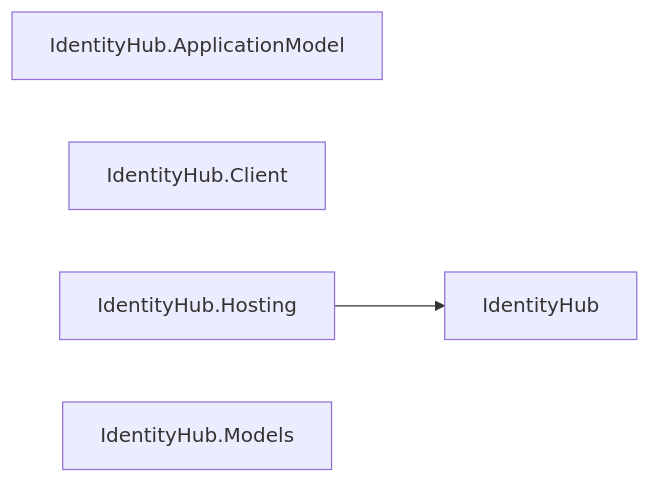
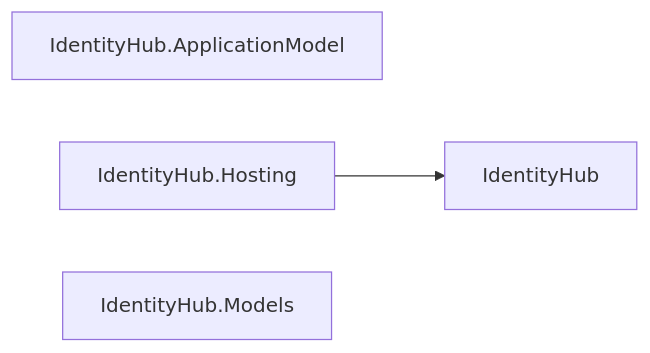
Before and after one commit to assimalign/cohesion: diagram 18 of 29 in docs/DEPENDENCIES.md, drawn with Mermaid. The commit also changed other lines of this file and 599 other files, not shown here.

````diff
--- a/docs/DEPENDENCIES.md
+++ b/docs/DEPENDENCIES.md
@@ -783,9 +776,8 @@
 ```mermaid
 flowchart LR
     N0["IdentityHub"]
     N1["IdentityHub.ApplicationModel"]
-    N2["IdentityHub.Client"]
-    N3["IdentityHub.Hosting"]
-    N4["IdentityHub.Models"]
-    N3 --> N0
+    N2["IdentityHub.Hosting"]
+    N3["IdentityHub.Models"]
+    N2 --> N0
 ```
````
